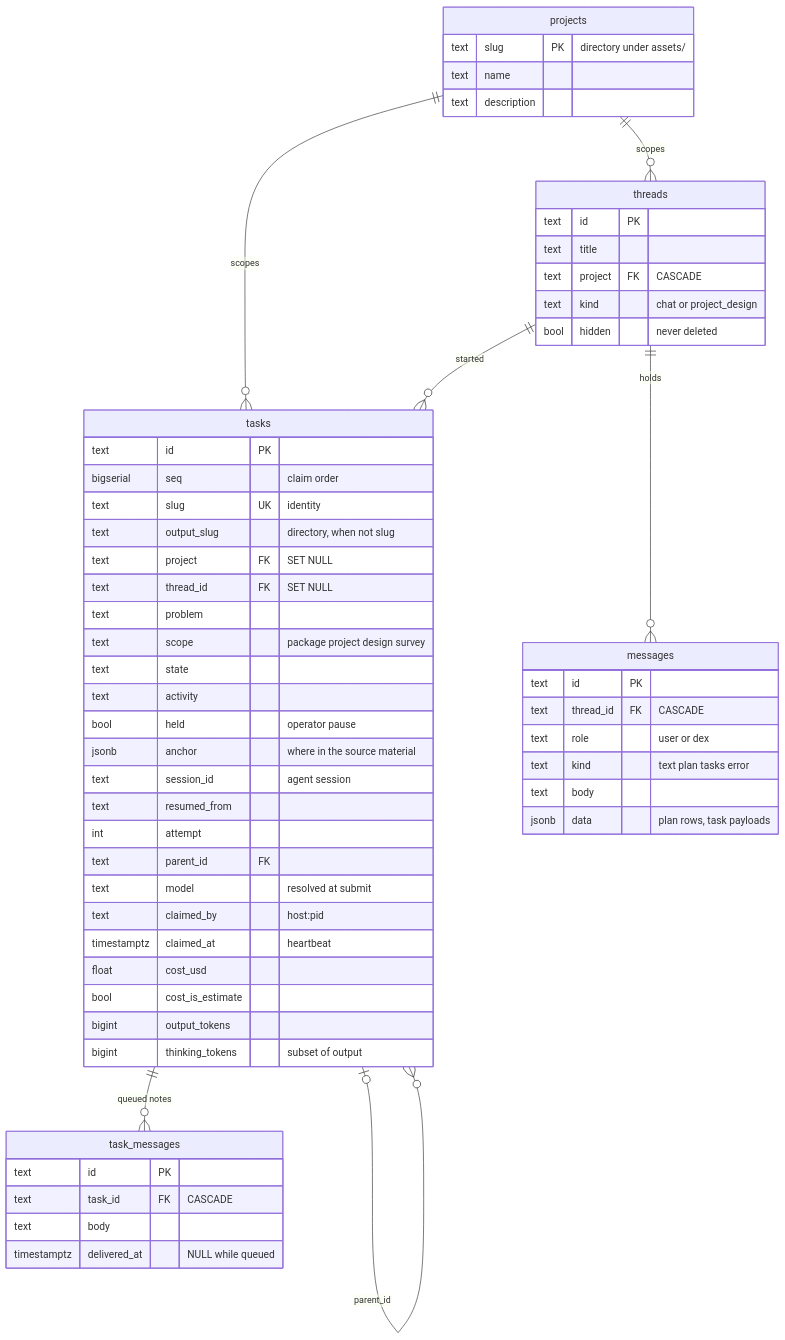
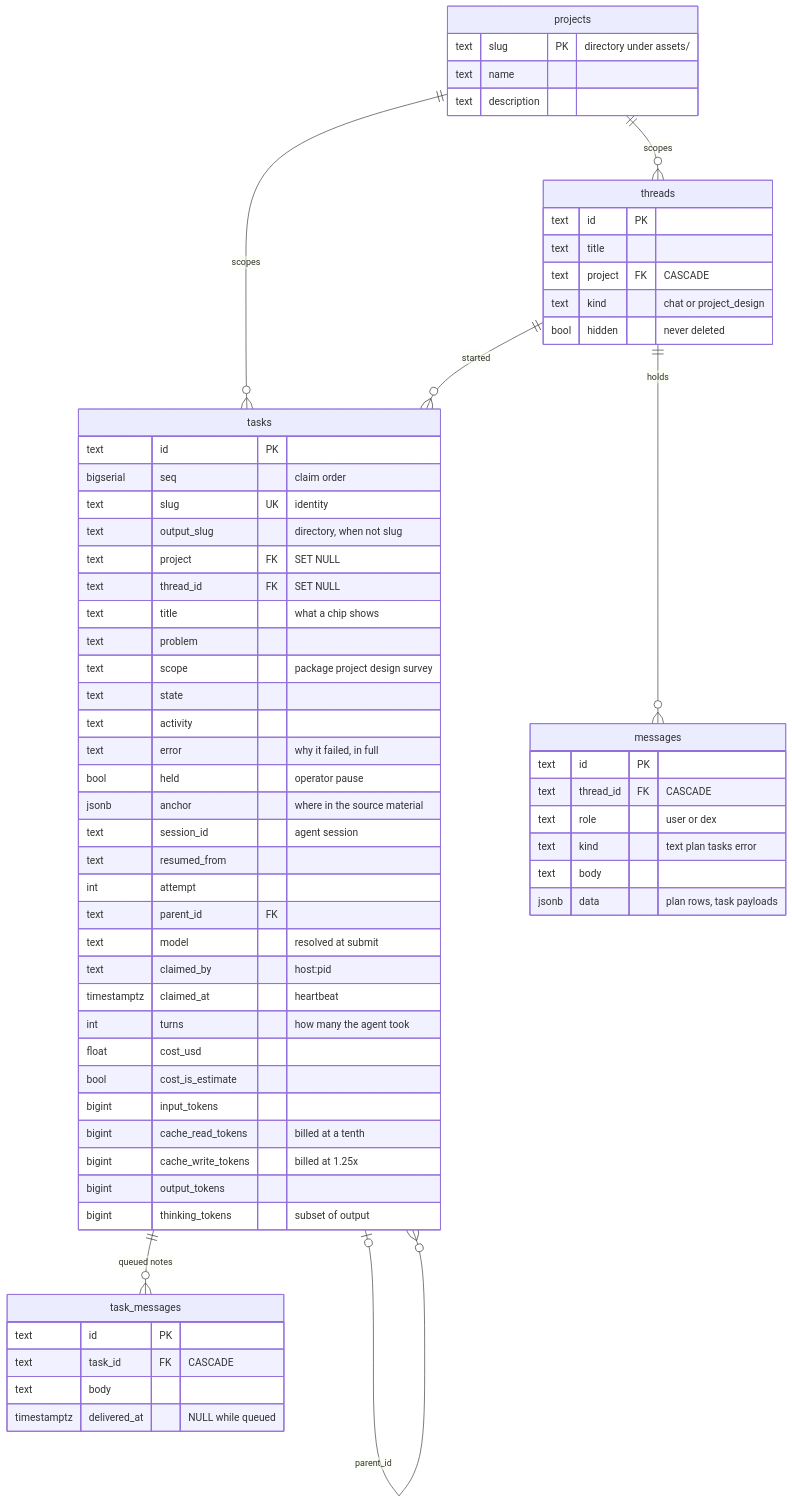
The second of 8 diagrams in design/10_data_model.md (radubools/dex), drawn with Mermaid before and after one commit. The commit also changed other lines of this file and 24 other files, not shown here.

````diff
--- a/design/10_data_model.md
+++ b/design/10_data_model.md
@@ -62,61 +62,67 @@
 ```mermaid
 erDiagram
     projects ||--o{ threads : scopes
     projects ||--o{ tasks : scopes
     threads ||--o{ messages : holds
     threads ||--o{ tasks : started
     tasks ||--o{ task_messages : "queued notes"
     tasks |o--o{ tasks : parent_id
 
     projects {
         text slug PK "directory under assets/"
         text name
         text description
     }
     threads {
         text id PK
         text title
         text project FK "CASCADE"
         text kind "chat or project_design"
         bool hidden "never deleted"
     }
     messages {
         text id PK
         text thread_id FK "CASCADE"
         text role "user or dex"
         text kind "text plan tasks error"
         text body
         jsonb data "plan rows, task payloads"
     }
     tasks {
         text id PK
         bigserial seq "claim order"
         text slug UK "identity"
         text output_slug "directory, when not slug"
         text project FK "SET NULL"
         text thread_id FK "SET NULL"
+        text title "what a chip shows"
         text problem
         text scope "package project design survey"
         text state
         text activity
+        text error "why it failed, in full"
         bool held "operator pause"
         jsonb anchor "where in the source material"
         text session_id "agent session"
         text resumed_from
         int attempt
         text parent_id FK
         text model "resolved at submit"
         text claimed_by "host:pid"
         timestamptz claimed_at "heartbeat"
+        int turns "how many the agent took"
         float cost_usd
         bool cost_is_estimate
+        bigint input_tokens
+        bigint cache_read_tokens "billed at a tenth"
+        bigint cache_write_tokens "billed at 1.25x"
         bigint output_tokens
         bigint thinking_tokens "subset of output"
     }
     task_messages {
         text id PK
         text task_id FK "CASCADE"
         text body
         timestamptz delivered_at "NULL while queued"
     }
 ```
````
